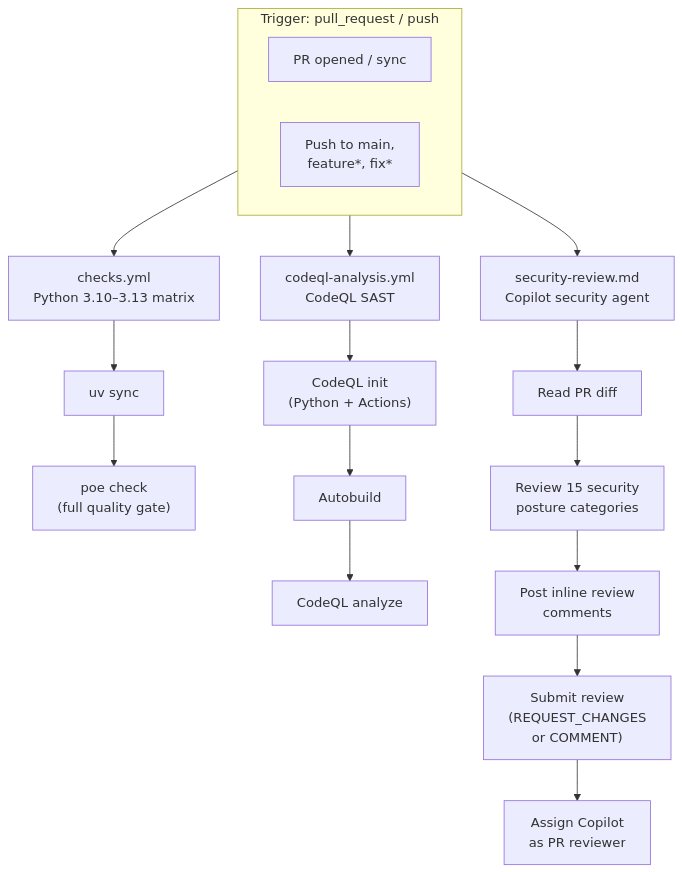
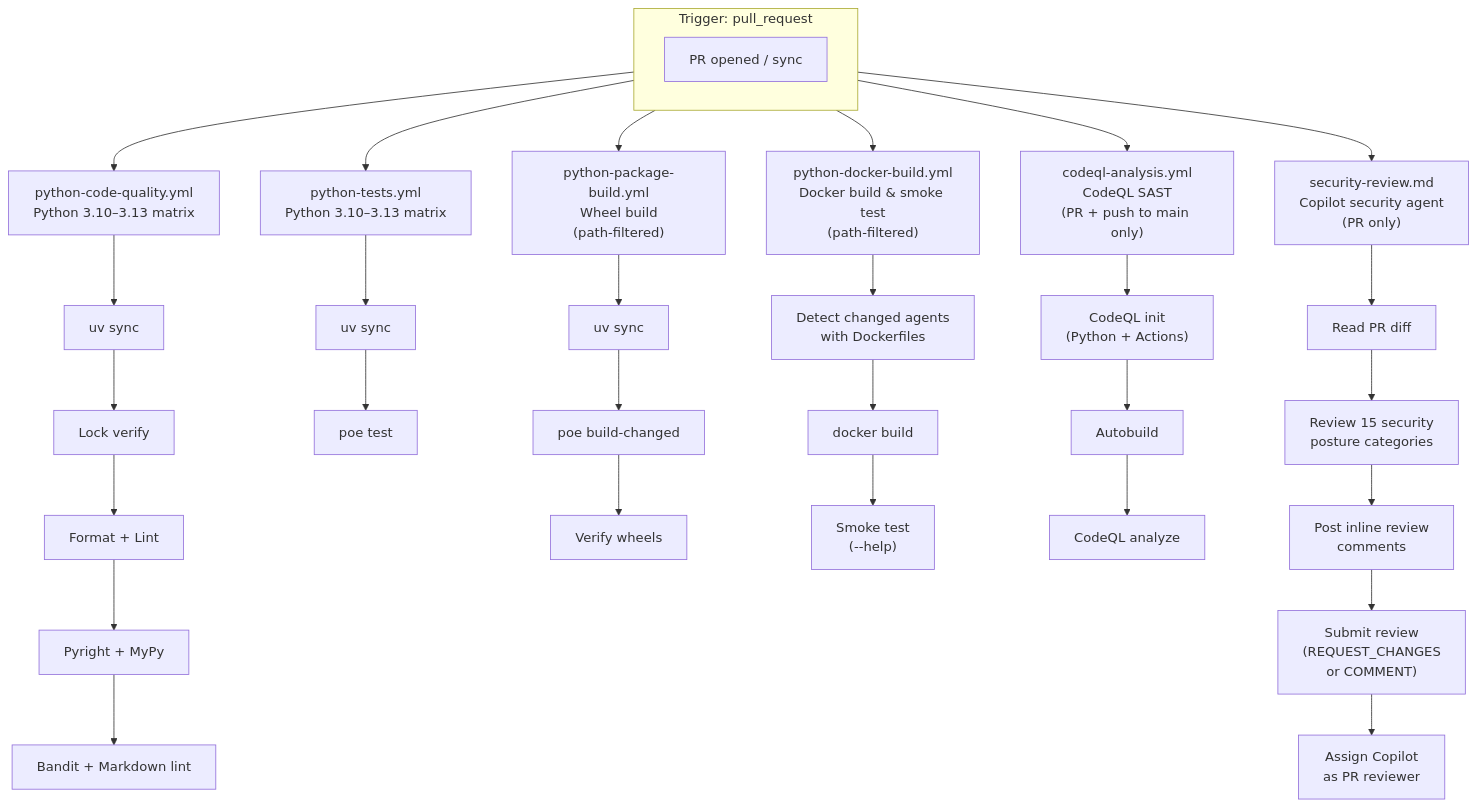
Before and after one commit to pmalarme/python-agent-template: the sixth of 9 diagrams in README.md, drawn with Mermaid. The commit also changed other lines of this file and 12 other files, not shown here.

````diff
--- a/README.md
+++ b/README.md
@@ -230,25 +249,41 @@
 ```mermaid
 flowchart TD
-    subgraph trigger["Trigger: pull_request / push"]
+    subgraph trigger["Trigger: pull_request"]
         direction LR
         T1["PR opened / sync"]
-        T2["Push to main,<br/>feature*, fix*"]
     end
 
-    trigger --> CW["checks.yml<br/>Python 3.10–3.13 matrix"]
-    trigger --> CQ["codeql-analysis.yml<br/>CodeQL SAST"]
-    trigger --> SR["security-review.md<br/>Copilot security agent"]
+    trigger --> CQ_QUAL["python-code-quality.yml<br/>Python 3.10–3.13 matrix"]
+    trigger --> CQ_TEST["python-tests.yml<br/>Python 3.10–3.13 matrix"]
+    trigger --> PB["python-package-build.yml<br/>Wheel build<br/>(path-filtered)"]
+    trigger --> DK["python-docker-build.yml<br/>Docker build &amp; smoke test<br/>(path-filtered)"]
+    trigger --> CQ["codeql-analysis.yml<br/>CodeQL SAST<br/>(PR + push to main only)"]
+    trigger --> SR["security-review.md<br/>Copilot security agent<br/>(PR only)"]
 
-    CW --> CW1["uv sync"]
-    CW1 --> CW2["poe check<br/>(full quality gate)"]
+    CQ_QUAL --> CQ_QUAL1["uv sync"]
+    CQ_QUAL1 --> CQ_QUAL1b["Lock verify"]
+    CQ_QUAL1b --> CQ_QUAL2["Format + Lint"]
+    CQ_QUAL2 --> CQ_QUAL3["Pyright + MyPy"]
+    CQ_QUAL3 --> CQ_QUAL4["Bandit + Markdown lint"]
+
+    CQ_TEST --> CQ_TEST1["uv sync"]
+    CQ_TEST1 --> CQ_TEST2["poe test"]
+
+    PB --> PB1["uv sync"]
+    PB1 --> PB2["poe build-changed"]
+    PB2 --> PB3["Verify wheels"]
+
+    DK --> DK1["Detect changed agents<br/>with Dockerfiles"]
+    DK1 --> DK2["docker build"]
+    DK2 --> DK3["Smoke test<br/>(--help)"]
 
     CQ --> CQ1["CodeQL init<br/>(Python + Actions)"]
     CQ1 --> CQ2["Autobuild"]
     CQ2 --> CQ3["CodeQL analyze"]
 
     SR --> SR1["Read PR diff"]
     SR1 --> SR2["Review 15 security<br/>posture categories"]
     SR2 --> SR3["Post inline review<br/>comments"]
     SR3 --> SR4["Submit review<br/>(REQUEST_CHANGES<br/>or COMMENT)"]
     SR4 --> SR5["Assign Copilot<br/>as PR reviewer"]
 ```
````
